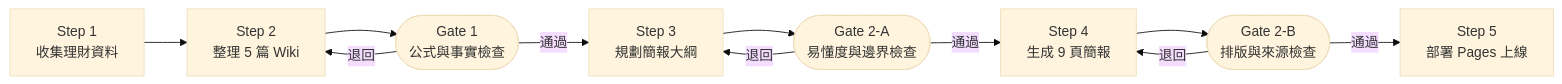
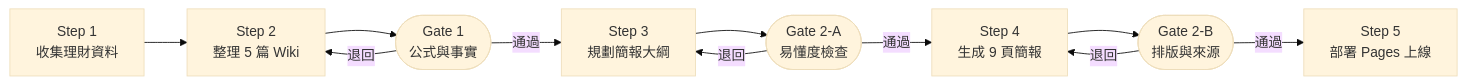
Before and after one commit to usarmena/investing-wiki: the diagram in README.md, drawn with Mermaid (base theme).

Commit message:
fix: last letter

````diff
--- a/README.md
+++ b/README.md
@@ -12,13 +12,13 @@
 ```mermaid
 flowchart LR
     A["Step 1<br/>收集理財資料"] --> B["Step 2<br/>整理 5 篇 Wiki"]
-    B --> C(["Gate 1<br/>公式與事實檢查"])
+    B --> C(["Gate 1<br/>公式與事實"])
     C -- "退回" --> B
     C -- "通過" --> D["Step 3<br/>規劃簡報大綱"]
-    D --> E(["Gate 2-A<br/>易懂度與邊界檢查"])
+    D --> E(["Gate 2-A<br/>易懂度檢查"])
     E -- "退回" --> D
     E -- "通過" --> F["Step 4<br/>生成 9 頁簡報"]
-    F --> G(["Gate 2-B<br/>排版與來源檢查"])
+    F --> G(["Gate 2-B<br/>排版與來源"])
     G -- "退回" --> F
     G -- "通過" --> H["Step 5<br/>部署 Pages 上線"]
 ```
````
